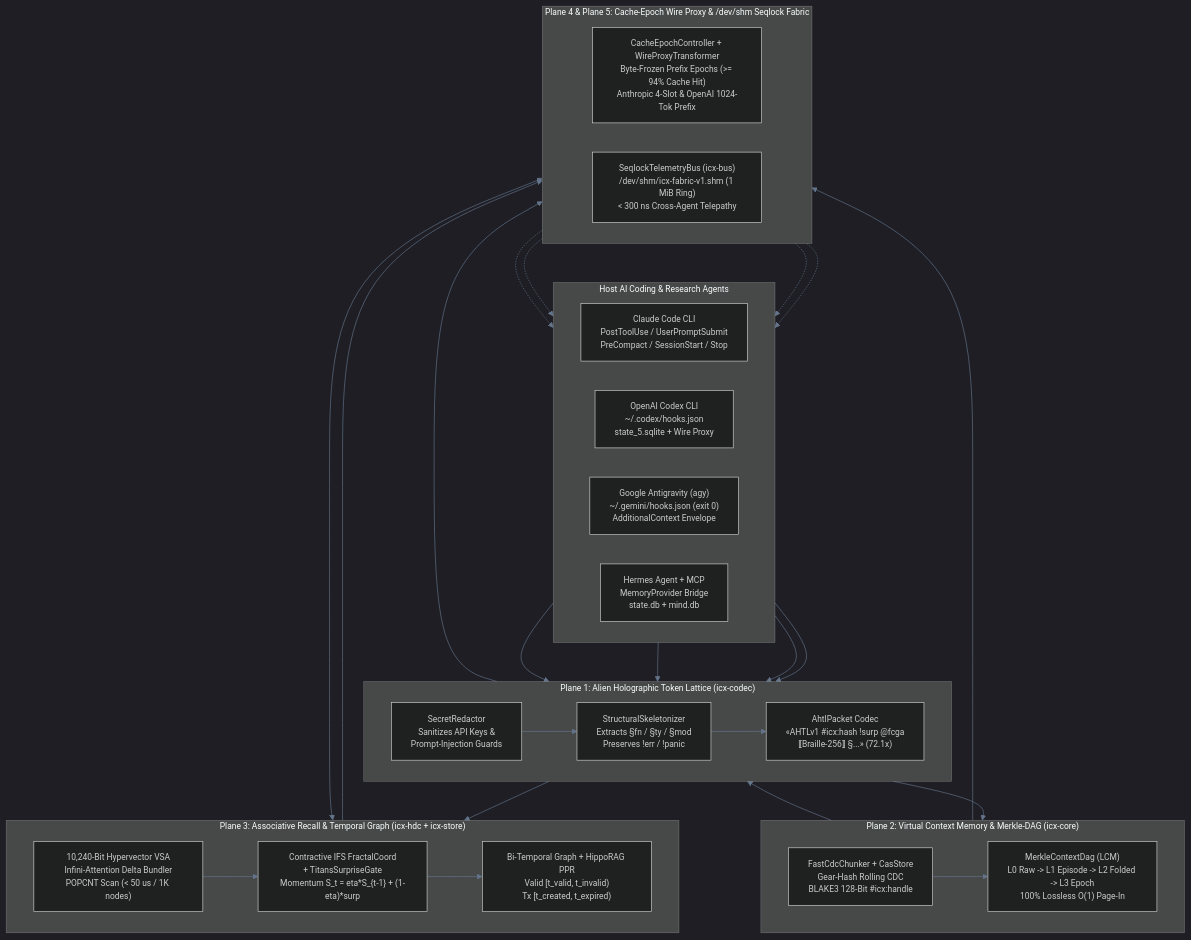
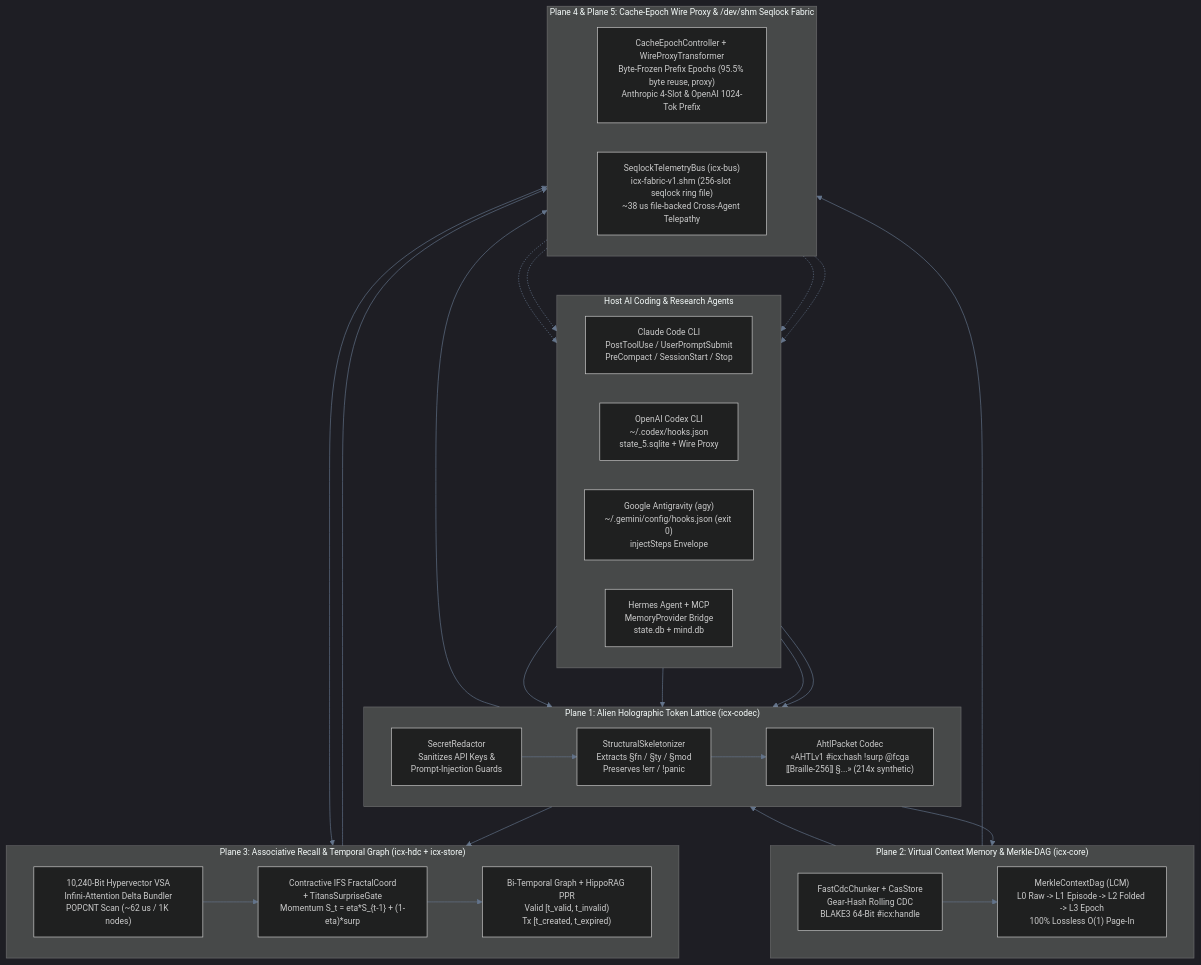
Before and after one commit to doublegate/Infinity-Context: the diagram in docs/diagrams/five-plane-architecture.mmd, drawn with Mermaid. The commit also changed 146 other files, not shown here.

```diff
--- a/docs/diagrams/five-plane-architecture.mmd
+++ b/docs/diagrams/five-plane-architecture.mmd
@@ -1,58 +1,58 @@
 %%{init: {
   "theme": "dark",
   "themeVariables": {
     "fontFamily": "JetBrains Mono, ui-monospace, SFMono-Regular, Menlo, Consolas, monospace",
     "fontSize": "13px",
     "primaryColor": "#0f172a",
     "primaryTextColor": "#f8fafc",
     "primaryBorderColor": "#38bdf8",
     "lineColor": "#64748b",
     "secondaryColor": "#1e1b4b",
     "tertiaryColor": "#064e3b"
   },
   "flowchart": { "curve": "basis", "nodeSpacing": 45, "rankSpacing": 60 }
 }}%%
 
 flowchart TB
   subgraph AGENTS["Host AI Coding & Research Agents"]
     direction LR
     CC["Claude Code CLI<br/>PostToolUse / UserPromptSubmit<br/>PreCompact / SessionStart / Stop"]
     CX["OpenAI Codex CLI<br/>~/.codex/hooks.json<br/>state_5.sqlite + Wire Proxy"]
-    AG["Google Antigravity (agy)<br/>~/.gemini/hooks.json (exit 0)<br/>AdditionalContext Envelope"]
+    AG["Google Antigravity (agy)<br/>~/.gemini/config/hooks.json (exit 0)<br/>injectSteps Envelope"]
     HM["Hermes Agent + MCP<br/>MemoryProvider Bridge<br/>state.db + mind.db"]
   end
 
   subgraph P1["Plane 1: Alien Holographic Token Lattice (icx-codec)"]
     direction LR
     RED["SecretRedactor<br/>Sanitizes API Keys &amp;<br/>Prompt-Injection Guards"]
     SKEL["StructuralSkeletonizer<br/>Extracts §fn / §ty / §mod<br/>Preserves !err / !panic"]
-    AHTL["AhtlPacket Codec<br/>«AHTLv1 #icx:hash !surp @fcga<br/>⟦Braille-256⟧ §...» (72.1x)"]
+    AHTL["AhtlPacket Codec<br/>«AHTLv1 #icx:hash !surp @fcga<br/>⟦Braille-256⟧ §...» (214x synthetic)"]
   end
 
   subgraph P2["Plane 2: Virtual Context Memory & Merkle-DAG (icx-core)"]
     direction LR
-    CDC["FastCdcChunker + CasStore<br/>Gear-Hash Rolling CDC<br/>BLAKE3 128-Bit #icx:handle"]
+    CDC["FastCdcChunker + CasStore<br/>Gear-Hash Rolling CDC<br/>BLAKE3 64-Bit #icx:handle"]
     DAG["MerkleContextDag (LCM)<br/>L0 Raw -> L1 Episode -> L2 Folded -> L3 Epoch<br/>100% Lossless O(1) Page-In"]
   end
 
   subgraph P3["Plane 3: Associative Recall & Temporal Graph (icx-hdc + icx-store)"]
     direction LR
-    HDC["10,240-Bit Hypervector VSA<br/>Infini-Attention Delta Bundler<br/>POPCNT Scan (< 50 us / 1K nodes)"]
+    HDC["10,240-Bit Hypervector VSA<br/>Infini-Attention Delta Bundler<br/>POPCNT Scan (~62 us / 1K nodes)"]
     FCGA["Contractive IFS FractalCoord<br/>+ TitansSurpriseGate<br/>Momentum S_t = eta*S_{t-1} + (1-eta)*surp"]
     PPR["Bi-Temporal Graph + HippoRAG PPR<br/>Valid [t_valid, t_invalid)<br/>Tx [t_created, t_expired)"]
   end
 
   subgraph P45["Plane 4 & Plane 5: Cache-Epoch Wire Proxy & /dev/shm Seqlock Fabric"]
     direction LR
-    EPOCH["CacheEpochController + WireProxyTransformer<br/>Byte-Frozen Prefix Epochs (>= 94% Cache Hit)<br/>Anthropic 4-Slot &amp; OpenAI 1024-Tok Prefix"]
-    SHM["SeqlockTelemetryBus (icx-bus)<br/>/dev/shm/icx-fabric-v1.shm (1 MiB Ring)<br/>< 300 ns Cross-Agent Telepathy"]
+    EPOCH["CacheEpochController + WireProxyTransformer<br/>Byte-Frozen Prefix Epochs (95.5% byte reuse, proxy)<br/>Anthropic 4-Slot &amp; OpenAI 1024-Tok Prefix"]
+    SHM["SeqlockTelemetryBus (icx-bus)<br/>icx-fabric-v1.shm (256-slot seqlock ring file)<br/>~38 us file-backed Cross-Agent Telepathy"]
   end
 
   CC & CX & AG & HM --> RED
   RED --> SKEL --> AHTL
   RED --> CDC --> DAG
   DAG --> AHTL
   AHTL --> HDC --> FCGA --> PPR
   AHTL & PPR & DAG --> EPOCH
   HDC <--> SHM
   SHM -.-> CC & CX & AG & HM
```
